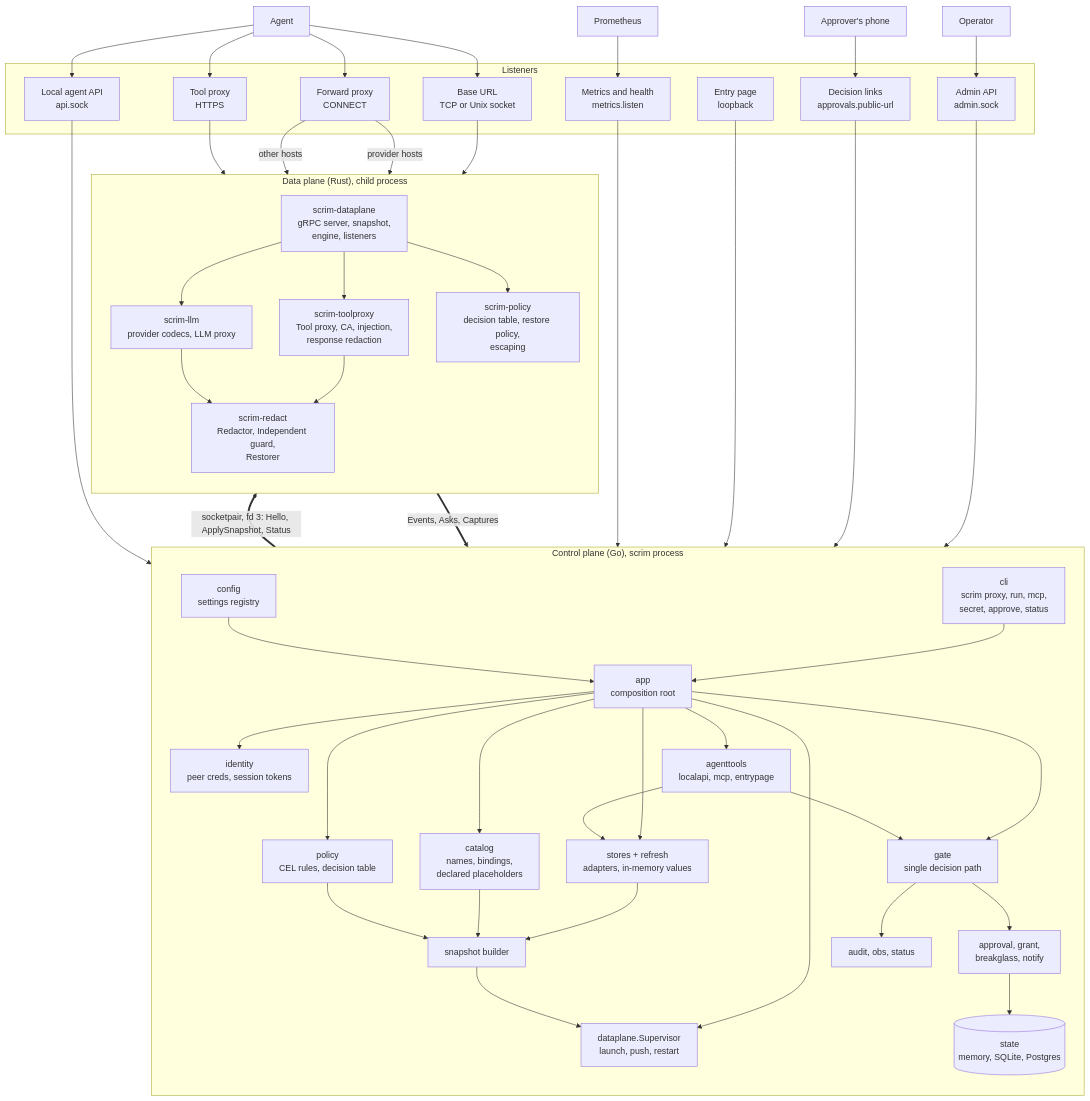
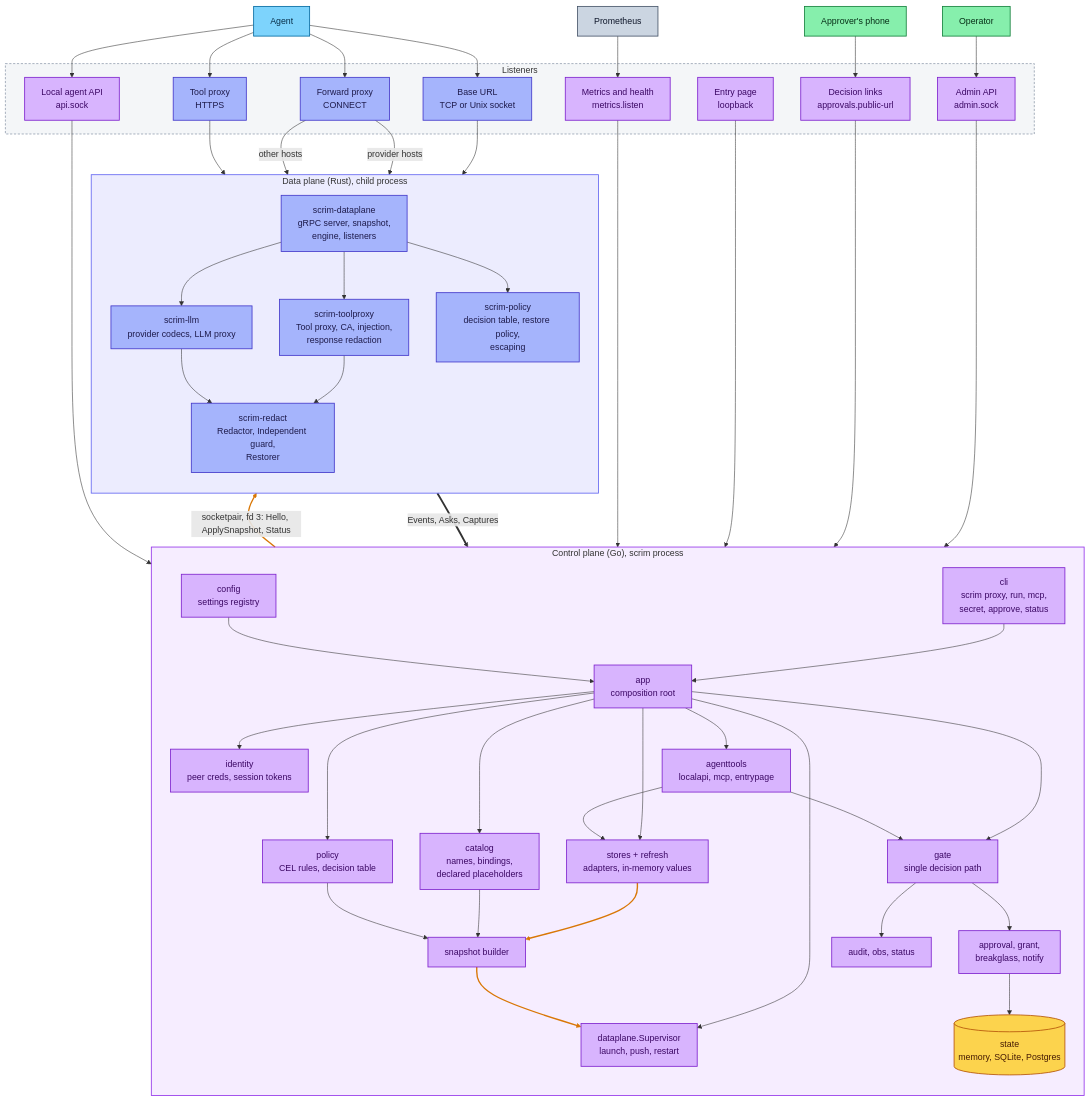
One commit to Heliopsy/scrim changed the second of 8 diagrams in docs/architecture.md. Above: the diagram before and after it, drawn with Mermaid. The commit also changed other lines of this file and 6 other files, not shown here.

Commit message:
docs: new scrim logo and colour-coded mermaid diagrams

````diff
--- a/docs/architecture.md
+++ b/docs/architecture.md
@@ -124,4 +140,23 @@
   operator --> admin --> approval
   approver --> links --> approval
   prom --> metrics --> audit
+  classDef agent fill:#7dd3fc,stroke:#0369a1,stroke-width:1.5px,color:#082f49
+  classDef dplane fill:#a5b4fc,stroke:#4338ca,stroke-width:1.5px,color:#1e1b4b
+  classDef cplane fill:#d8b4fe,stroke:#7e22ce,stroke-width:1.5px,color:#3b0764
+  classDef store fill:#fcd34d,stroke:#b45309,stroke-width:1.5px,color:#451a03
+  classDef ext fill:#cbd5e1,stroke:#475569,stroke-width:1.5px,color:#0f172a
+  classDef human fill:#86efac,stroke:#15803d,stroke-width:1.5px,color:#052e16
+  classDef zone fill:#94a3b81a,stroke:#64748b,stroke-width:1px,stroke-dasharray:4 3
+  classDef dpzone fill:#6366f11f,stroke:#6366f1,stroke-width:1.5px
+  classDef cpzone fill:#a855f71a,stroke:#9333ea,stroke-width:1.5px
+  class agent agent
+  class operator,approver human
+  class prom ext
+  class cli,app,config,stores,catalog,policy,gate,approval,identity,agenttools,builder,sup,audit,api,admin,entry,links,metrics cplane
+  class state store
+  class server,llm,redact,tp,dppolicy,base,fwd,tpl dplane
+  class cp cpzone
+  class dp dpzone
+  class listen zone
+  linkStyle 9,12,18 stroke:#d97706,stroke-width:2.5px
 ```
````
